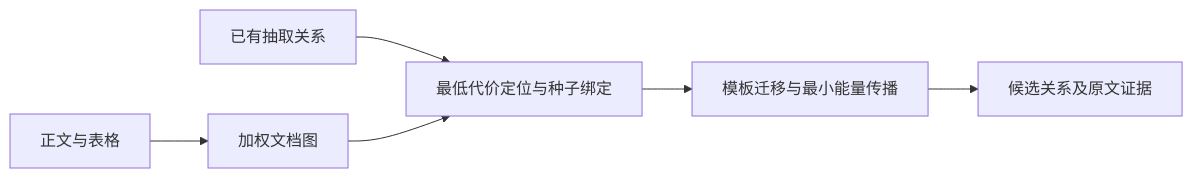
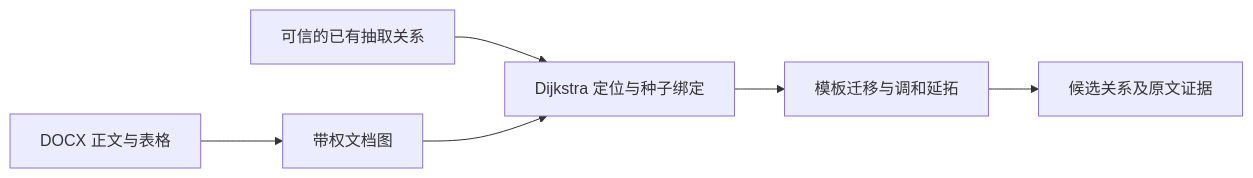
The third of 3 diagrams in README.zh-CN.md (dvdsvc/firstlight), drawn with Mermaid before and after one commit. The commit also changed other lines of this file and 3 other files, not shown here.

First line of the commit message:
📝 Explain extraction reliability and document-graph recovery

````diff
--- a/README.zh-CN.md
+++ b/README.zh-CN.md
@@ -39,8 +132,8 @@
 ```mermaid
 flowchart LR
-    D[正文与表格] --> G[加权文档图]
-    S[已有抽取关系] --> A[最低代价定位与种子绑定]
+    D[DOCX 正文与表格] --> G[带权文档图]
+    S[可信的已有抽取关系] --> A[Dijkstra 定位与种子绑定]
     G --> A
-    A --> P[模板迁移与最小能量传播]
+    A --> P[模板迁移与调和延拓]
     P --> C[候选关系及原文证据]
 ```
````
